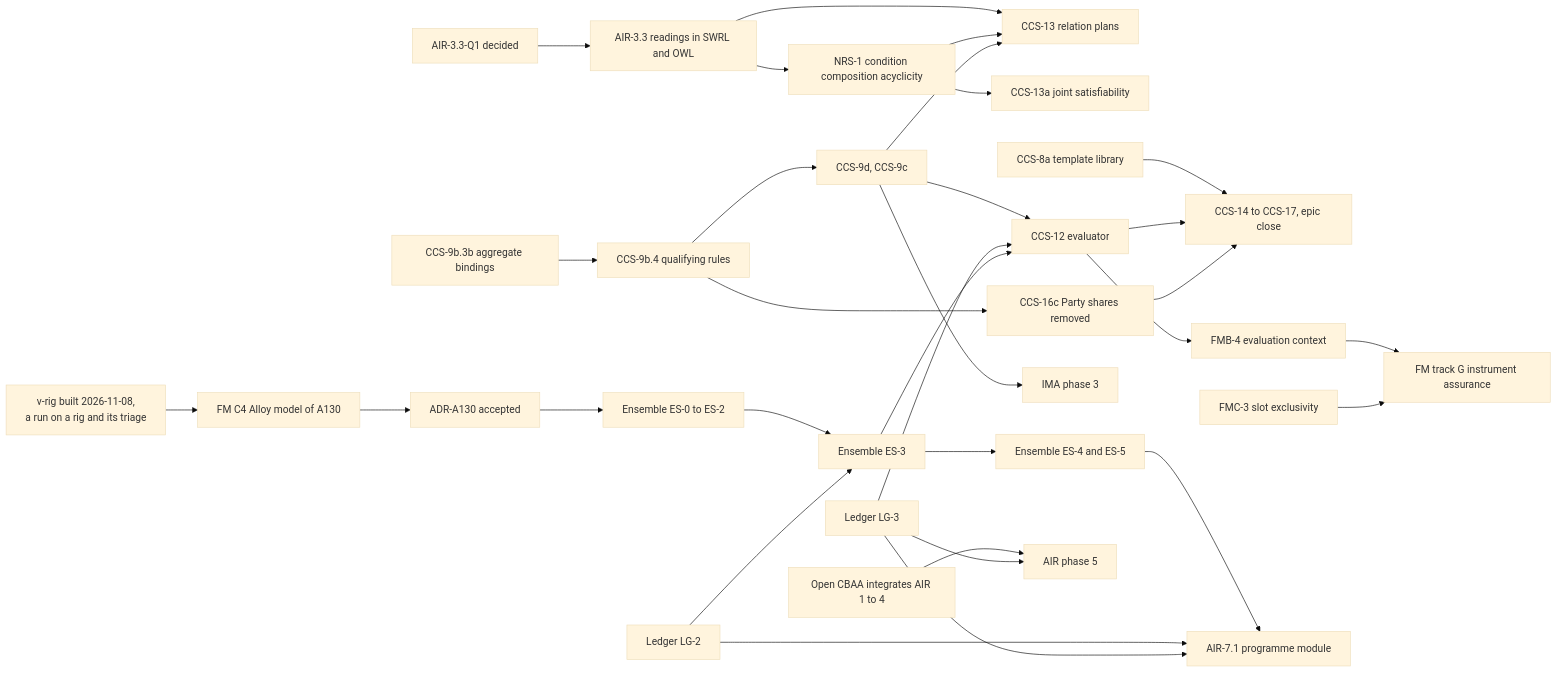
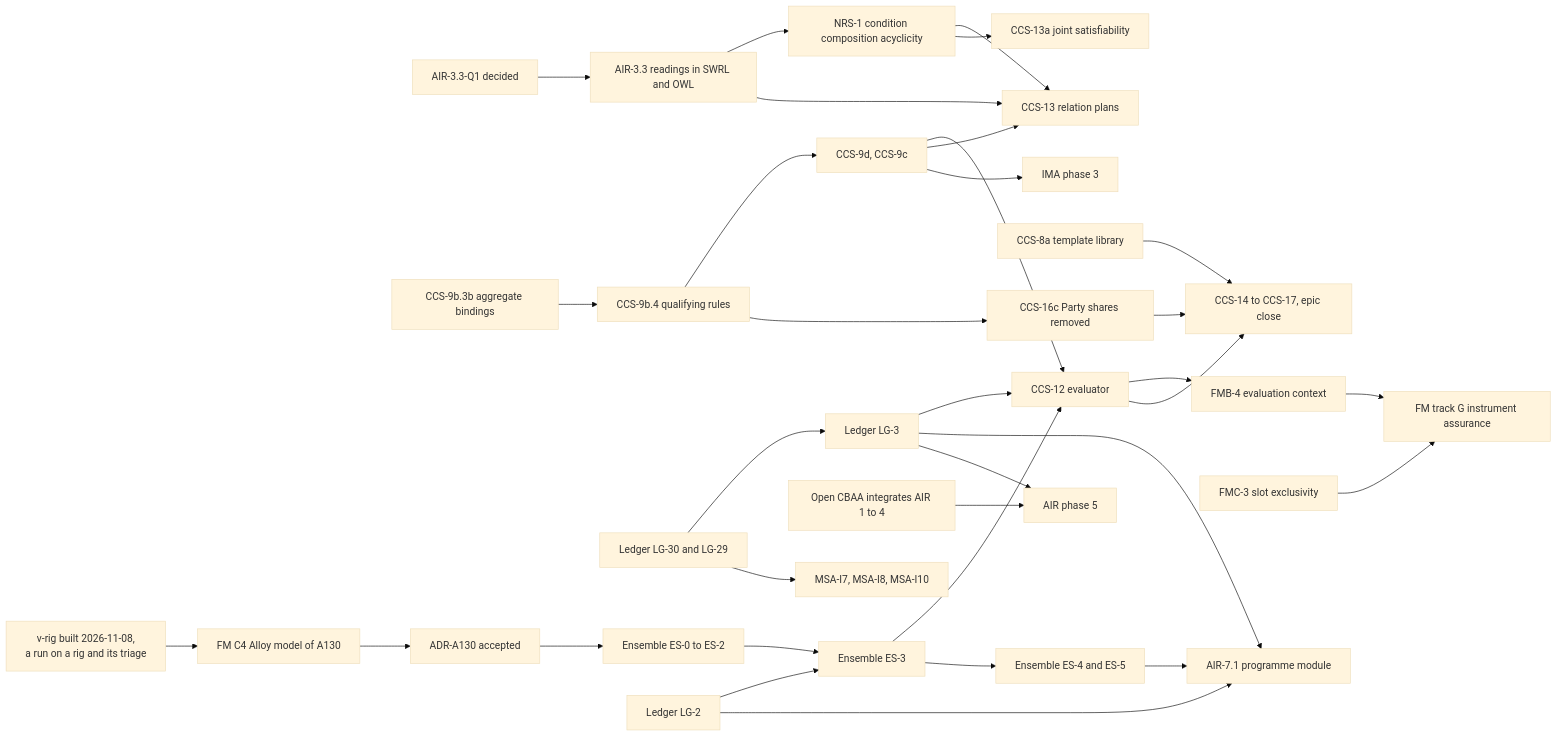
One commit to nebularis/lattice changed diagram 29 of 32 in docs/developer/ROADMAP.md. Above: the diagram before and after it, drawn with Mermaid (base theme). The commit also changed other lines of this file and 3 other files, not shown here.

First line of the commit message:
[roadmap] The hand-written sections read whole and refreshed against the records

````diff
--- a/docs/developer/ROADMAP.md
+++ b/docs/developer/ROADMAP.md
@@ -961,33 +964,35 @@
 ```mermaid
 flowchart LR
     Q1["AIR-3.3-Q1 decided"] --> AIR33["AIR-3.3 readings in SWRL and OWL"]
     AIR33 --> NRS1["NRS-1 condition composition acyclicity"]
     AIR33 --> CCS13["CCS-13 relation plans"]
     NRS1 --> CCS13
     NRS1 --> CCS13a["CCS-13a joint satisfiability"]
     K93["CCS-9b.3b aggregate bindings"] --> K94["CCS-9b.4 qualifying rules"]
     K94 --> REST["CCS-9d, CCS-9c"]
     REST --> CCS12["CCS-12 evaluator"]
     REST --> CCS13
-    LG3C["Ledger LG-3"] --> CCS12
+    LG29C["Ledger LG-30 and LG-29"] --> LG3C["Ledger LG-3"]
+    LG29C --> MSA78["MSA-I7, MSA-I8, MSA-I10"]
+    LG3C --> CCS12
     ES3C["Ensemble ES-3"] --> CCS12
     K8A["CCS-8a template library"] --> CLOSE
     K94 --> K16c["CCS-16c Party shares removed"]
     CCS12 --> FMB4["FMB-4 evaluation context"]
     FMB4 --> G["FM track G instrument assurance"]
     FMC3["FMC-3 slot exclusivity"] --> G
     CCS12 --> CLOSE["CCS-14 to CCS-17, epic close"]
     K16c --> CLOSE
     REST --> IMA3["IMA phase 3"]
     VR4["v-rig built 2026-11-08,<br/>a run on a rig and its triage"] --> C4A["FM C4 Alloy model of A130"]
     C4A --> A130["ADR-A130 accepted"]
     A130 --> ES012["Ensemble ES-0 to ES-2"]
     ES012 --> ES3C
     LG2C["Ledger LG-2"] --> ES3C
     ES3C --> ES45["Ensemble ES-4 and ES-5"]
     ES45 --> AIR71["AIR-7.1 programme module"]
     LG2C --> AIR71
     LG3C --> AIR71
     CBAA["Open CBAA integrates AIR 1 to 4"] --> AIR5["AIR phase 5"]
     LG3C --> AIR5
 ```
````
